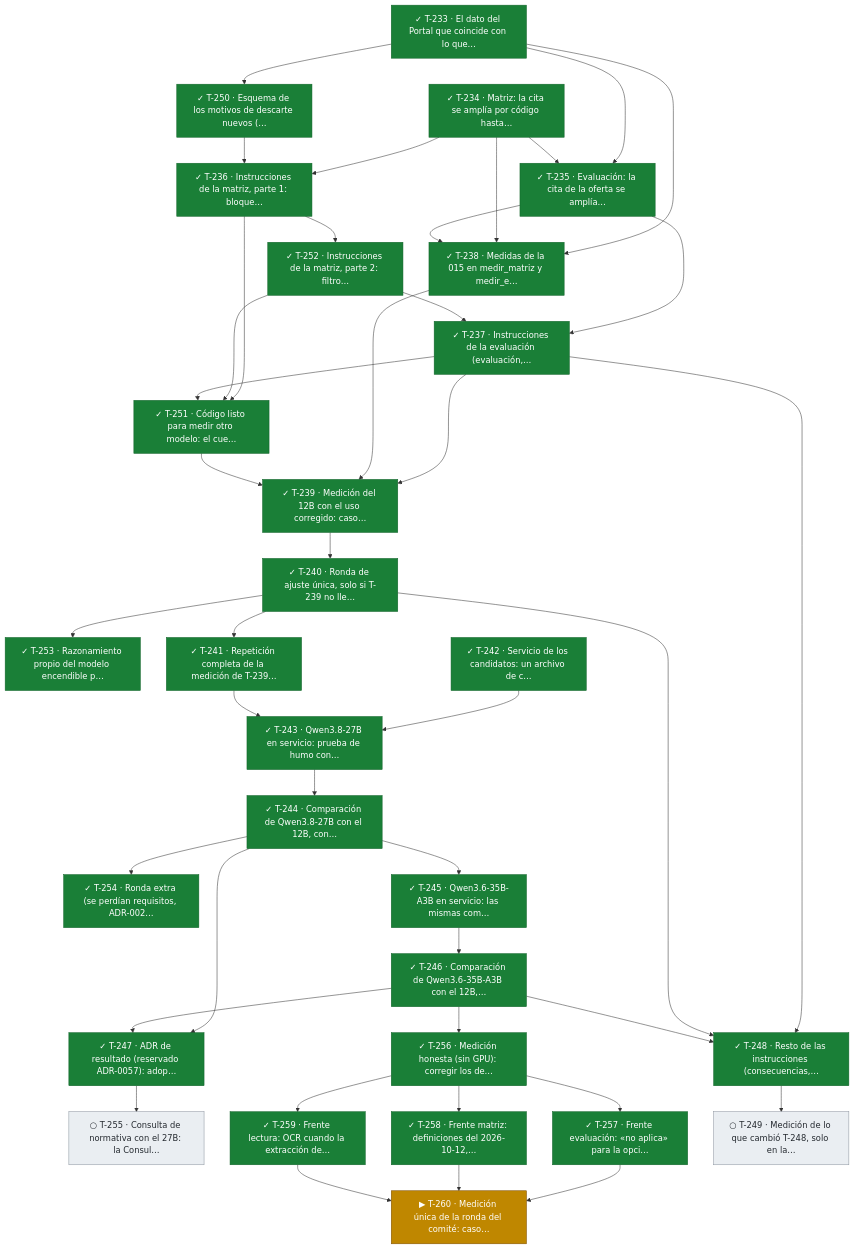
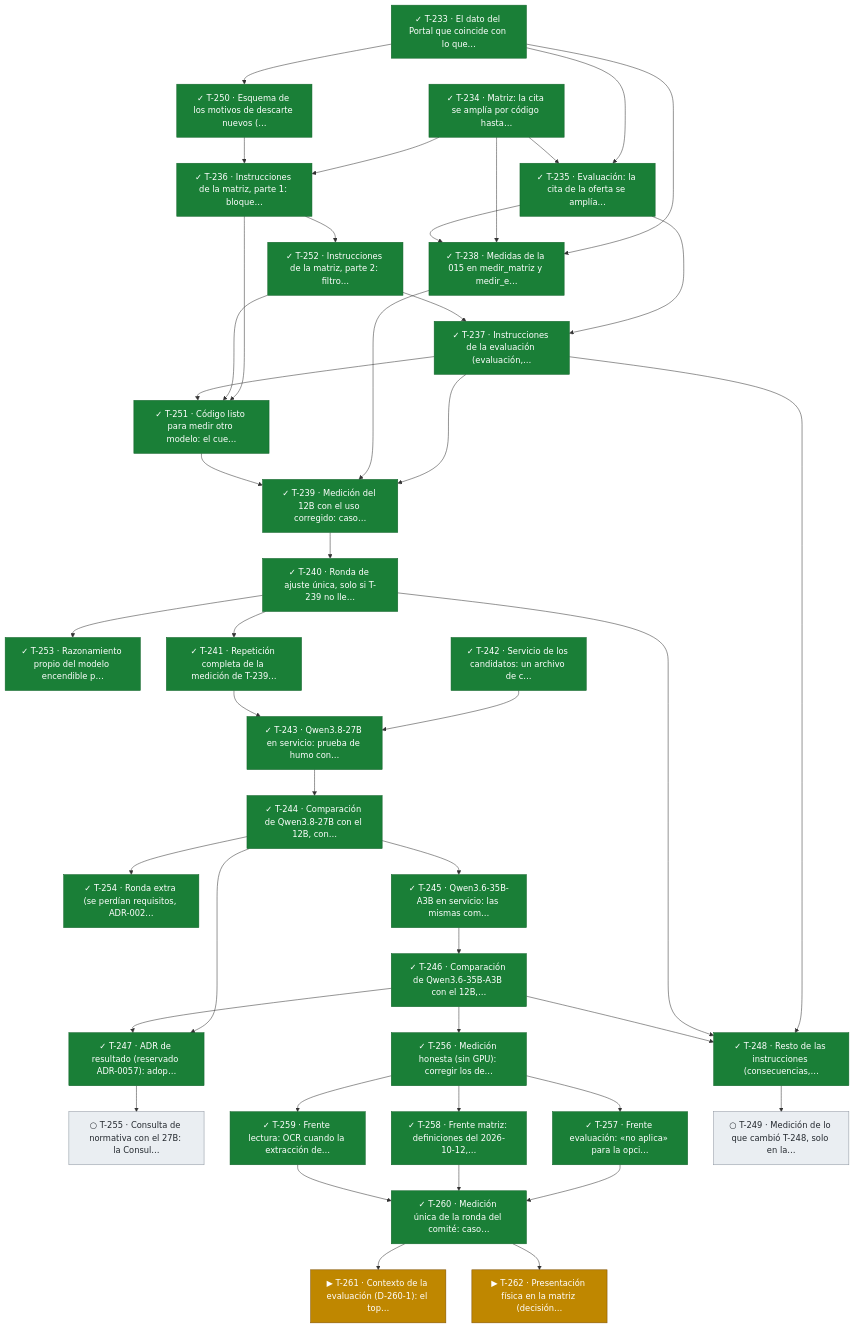
One commit to snavello/EVALUON changed diagram 17 of 17 in docs/tablero.md. Above: the diagram before and after it, drawn with Mermaid. The commit also changed other lines of this file and 2 other files, not shown here.

Commit message:
gestión: medición T-260 (no pasa: desborde de contexto y presentación física) y tareas T-261 y T-262

````diff
--- a/docs/tablero.md
+++ b/docs/tablero.md
@@ -1328,76 +1330,80 @@
 ```mermaid
 flowchart TD
   T233["✓ T-233 · El dato del Portal que coincide con lo que…"]:::done
   T234["✓ T-234 · Matriz: la cita se amplía por código hasta…"]:::done
   T250["✓ T-250 · Esquema de los motivos de descarte nuevos (…"]:::done
   T235["✓ T-235 · Evaluación: la cita de la oferta se amplía…"]:::done
   T236["✓ T-236 · Instrucciones de la matriz, parte 1: bloque…"]:::done
   T252["✓ T-252 · Instrucciones de la matriz, parte 2: filtro…"]:::done
   T253["✓ T-253 · Razonamiento propio del modelo encendible p…"]:::done
   T254["✓ T-254 · Ronda extra (se perdían requisitos, ADR-002…"]:::done
   T255["○ T-255 · Consulta de normativa con el 27B: la Consul…"]:::todo
   T256["✓ T-256 · Medición honesta (sin GPU): corregir los de…"]:::done
   T257["✓ T-257 · Frente evaluación: «no aplica» para la opci…"]:::done
   T258["✓ T-258 · Frente matriz: definiciones del 2026-10-12,…"]:::done
   T259["✓ T-259 · Frente lectura: OCR cuando la extracción de…"]:::done
-  T260["▶ T-260 · Medición única de la ronda del comité: caso…"]:::active
+  T260["✓ T-260 · Medición única de la ronda del comité: caso…"]:::done
+  T261["▶ T-261 · Contexto de la evaluación (D-260-1): el top…"]:::active
+  T262["▶ T-262 · Presentación física en la matriz (decisión…"]:::active
   T237["✓ T-237 · Instrucciones de la evaluación (evaluación,…"]:::done
   T251["✓ T-251 · Código listo para medir otro modelo: el cue…"]:::done
   T238["✓ T-238 · Medidas de la 015 en medir_matriz y medir_e…"]:::done
   T239["✓ T-239 · Medición del 12B con el uso corregido: caso…"]:::done
   T240["✓ T-240 · Ronda de ajuste única, solo si T-239 no lle…"]:::done
   T241["✓ T-241 · Repetición completa de la medición de T-239…"]:::done
   T242["✓ T-242 · Servicio de los candidatos: un archivo de c…"]:::done
   T243["✓ T-243 · Qwen3.8-27B en servicio: prueba de humo con…"]:::done
   T244["✓ T-244 · Comparación de Qwen3.8-27B con el 12B, con…"]:::done
   T245["✓ T-245 · Qwen3.6-35B-A3B en servicio: las mismas com…"]:::done
   T246["✓ T-246 · Comparación de Qwen3.6-35B-A3B con el 12B,…"]:::done
   T247["✓ T-247 · ADR de resultado (reservado ADR-0057): adop…"]:::done
   T248["✓ T-248 · Resto de las instrucciones (consecuencias,…"]:::done
   T249["○ T-249 · Medición de lo que cambió T-248, solo en la…"]:::todo
   T233 --> T250
   T233 --> T235
   T234 --> T235
   T234 --> T236
   T250 --> T236
   T236 --> T252
   T240 --> T253
   T244 --> T254
   T247 --> T255
   T246 --> T256
   T256 --> T257
   T256 --> T258
   T256 --> T259
   T257 --> T260
   T258 --> T260
   T259 --> T260
+  T260 --> T261
+  T260 --> T262
   T235 --> T237
   T252 --> T237
   T236 --> T251
   T252 --> T251
   T237 --> T251
   T233 --> T238
   T234 --> T238
   T235 --> T238
   T237 --> T239
   T238 --> T239
   T251 --> T239
   T239 --> T240
   T240 --> T241
   T242 --> T243
   T241 --> T243
   T243 --> T244
   T244 --> T245
   T245 --> T246
   T244 --> T247
   T246 --> T247
   T237 --> T248
   T240 --> T248
   T246 --> T248
   T248 --> T249
   classDef done fill:#1a7f37,stroke:#116329,color:#ffffff
   classDef review fill:#0969da,stroke:#0550ae,color:#ffffff
   classDef active fill:#bf8700,stroke:#7d4e00,color:#ffffff
   classDef blocked fill:#cf222e,stroke:#a40e26,color:#ffffff
   classDef todo fill:#eaeef2,stroke:#8c959f,color:#24292f
 ```
````
